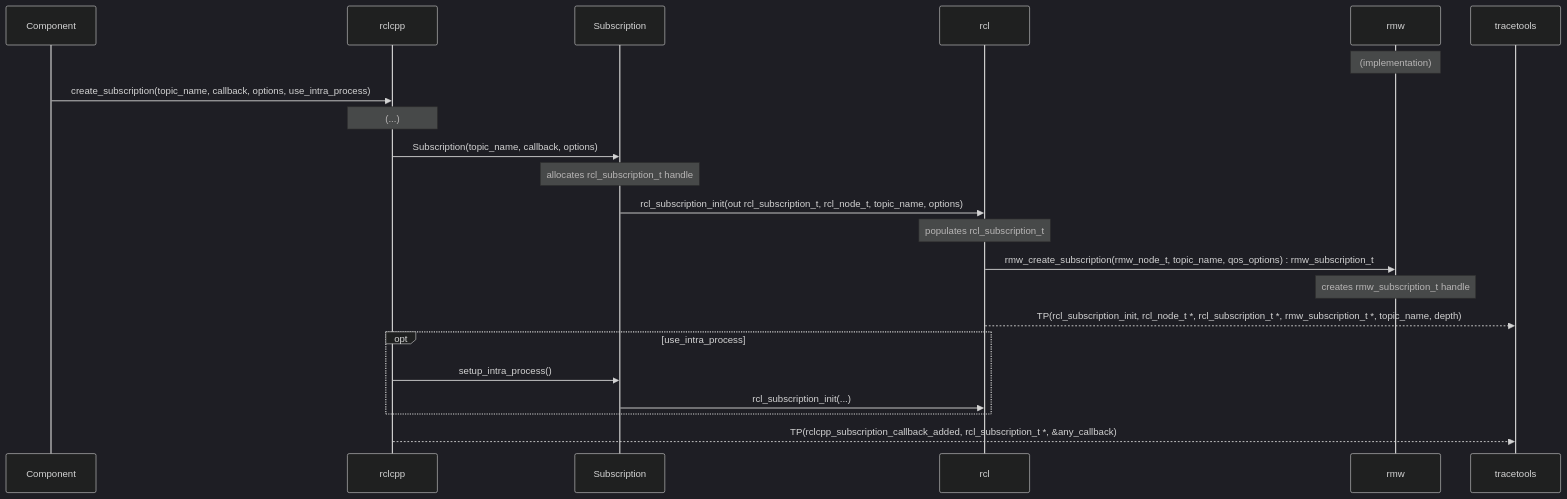
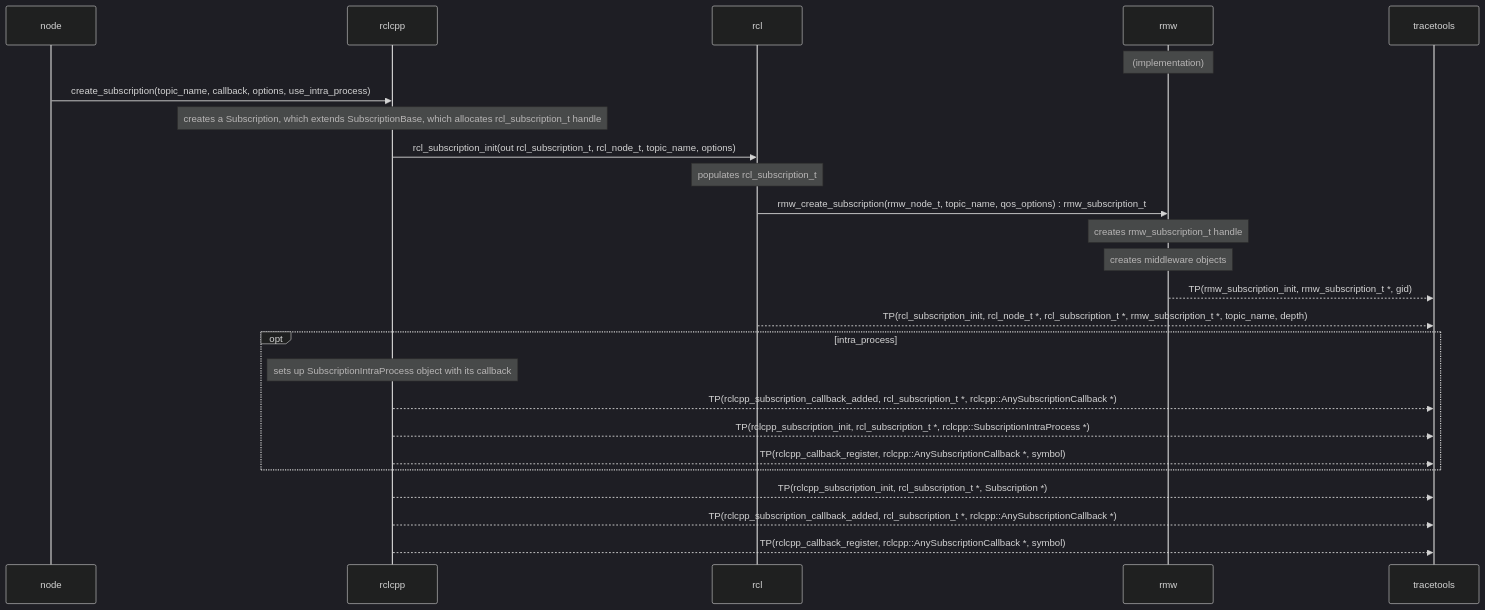
The fourth of 17 diagrams in doc/design_ros_2.md (ros2-split-gbp/ros2_tracing-release), drawn with Mermaid (dark theme) before and after one commit. The commit also changed other lines of this file and 83 other files, not shown here.

````diff
--- a/doc/design_ros_2.md
+++ b/doc/design_ros_2.md
@@ -214,29 +306,33 @@
 ```mermaid
 sequenceDiagram
-    participant Component
+    participant node
     participant rclcpp
-    participant Subscription
     participant rcl
     participant rmw
     participant tracetools
 
     Note over rmw: (implementation)
 
-    Component->>rclcpp: create_subscription(topic_name, callback, options, use_intra_process)
-    Note over rclcpp: (...)
-    rclcpp->>Subscription: Subscription(topic_name, callback, options)
-    Note over Subscription: allocates rcl_subscription_t handle
-    Subscription->>rcl: rcl_subscription_init(out rcl_subscription_t, rcl_node_t, topic_name, options)
+    node->>rclcpp: create_subscription(topic_name, callback, options, use_intra_process)
+    Note over rclcpp: creates a Subscription, which extends SubscriptionBase, which allocates rcl_subscription_t handle
+    rclcpp->>rcl: rcl_subscription_init(out rcl_subscription_t, rcl_node_t, topic_name, options)
     Note over rcl: populates rcl_subscription_t
     rcl->>rmw: rmw_create_subscription(rmw_node_t, topic_name, qos_options) : rmw_subscription_t
     Note over rmw: creates rmw_subscription_t handle
+    Note over rmw: creates middleware objects
+
+    rmw-->>tracetools: TP(rmw_subscription_init, rmw_subscription_t *, gid)
 
     rcl-->>tracetools: TP(rcl_subscription_init, rcl_node_t *, rcl_subscription_t *, rmw_subscription_t *, topic_name, depth)
 
-    opt use_intra_process
-        rclcpp->>Subscription: setup_intra_process()
-        Subscription->>rcl: rcl_subscription_init(...)
+    opt intra_process
+        Note over rclcpp: sets up SubscriptionIntraProcess object with its callback
+        rclcpp-->>tracetools: TP(rclcpp_subscription_callback_added, rcl_subscription_t *, rclcpp::AnySubscriptionCallback *)
+        rclcpp-->>tracetools: TP(rclcpp_subscription_init, rcl_subscription_t *, rclcpp::SubscriptionIntraProcess *)
+        rclcpp-->>tracetools: TP(rclcpp_callback_register, rclcpp::AnySubscriptionCallback *, symbol)
     end
 
-    rclcpp-->>tracetools: TP(rclcpp_subscription_callback_added, rcl_subscription_t *, &any_callback)
+    rclcpp-->>tracetools: TP(rclcpp_subscription_init, rcl_subscription_t *, Subscription *)
+    rclcpp-->>tracetools: TP(rclcpp_subscription_callback_added, rcl_subscription_t *, rclcpp::AnySubscriptionCallback *)
+    rclcpp-->>tracetools: TP(rclcpp_callback_register, rclcpp::AnySubscriptionCallback *, symbol)
 ```
````
